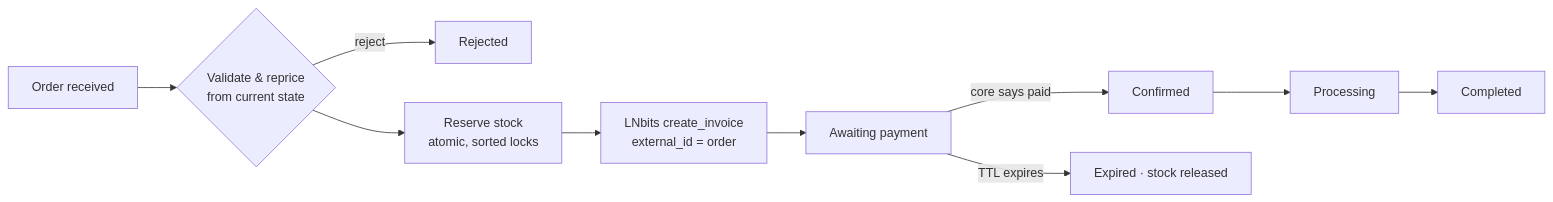
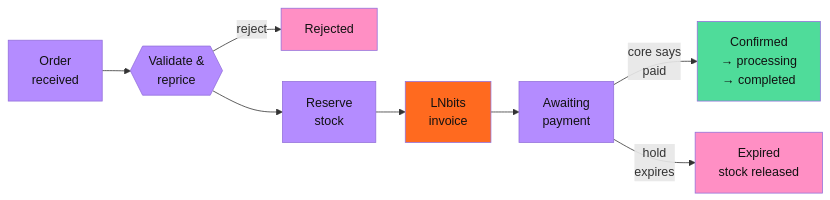
One commit to bitkarrot/infinitemarkets changed the third of 4 diagrams in docs/viewer/slides/deck.md. Above: the diagram before and after it, drawn with Mermaid. The commit also changed other lines of this file and 2 other files, not shown here.

Commit message:
Redraw the checkout saga and plainly explain Plebeian physical orders
The saga diagram is now one shared, color-coded version (purple
Infinite Markets steps, orange LNbits invoice, green success, pink stop
states) with the fulfilment tail folded into one node: left to right with
wrapped labels on the slide, top to bottom in the overview. The Plebeian
known-gap bullet now says physical-item orders are declined for now
because its address has no machine-readable country, with the detail in
the speaker notes; the overview and home page match.

````diff
--- a/docs/viewer/slides/deck.md
+++ b/docs/viewer/slides/deck.md
@@ -281,11 +281,19 @@
 ```mermaid
+%%{init: {"flowchart": {"rankSpacing": 36, "nodeSpacing": 40}}}%%
 flowchart LR
-    Q[Order received] --> V{Validate & reprice<br/>from current state}
-    V -->|reject| X[Rejected]
-    V --> RS[Reserve stock<br/>atomic, sorted locks]
-    RS --> INV[LNbits create_invoice<br/>external_id = order]
-    INV --> AP[Awaiting payment]
-    AP -->|core says paid| C[Confirmed]
-    AP -->|TTL expires| E[Expired · stock released]
-    C --> PR[Processing] --> DONE[Completed]
+    Q["Order<br/>received"] --> V{{"Validate &<br/>reprice"}}
+    V -->|reject| X["Rejected"]
+    V --> RS["Reserve<br/>stock"]
+    RS --> INV["LNbits<br/>invoice"]
+    INV --> AP["Awaiting<br/>payment"]
+    AP -->|core says<br/>paid| C["Confirmed<br/>→ processing<br/>→ completed"]
+    AP -->|hold<br/>expires| E["Expired<br/>stock released"]
+    classDef im fill:#b48cff,color:#111111
+    classDef core fill:#ff6a1f,color:#111111
+    classDef ok fill:#4fdc9a,color:#111111
+    classDef stop fill:#ff8fc4,color:#111111
+    class Q,V,RS,AP im
+    class INV core
+    class C ok
+    class X,E stop
 ```
````
